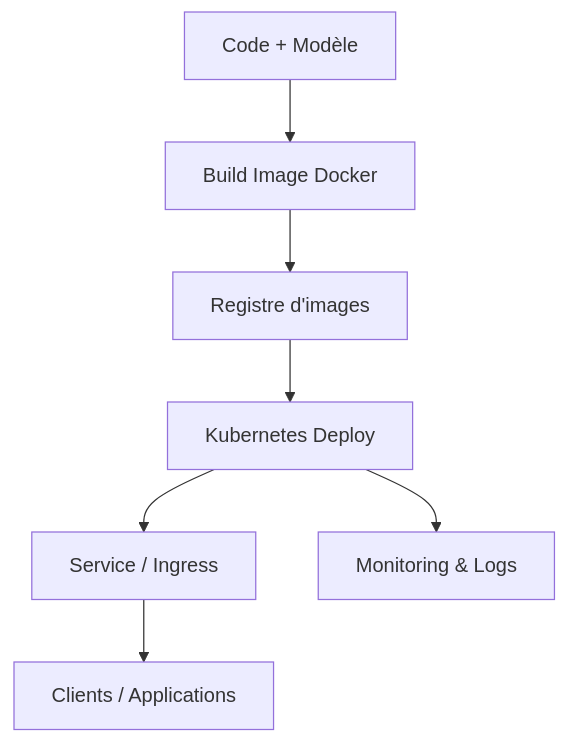
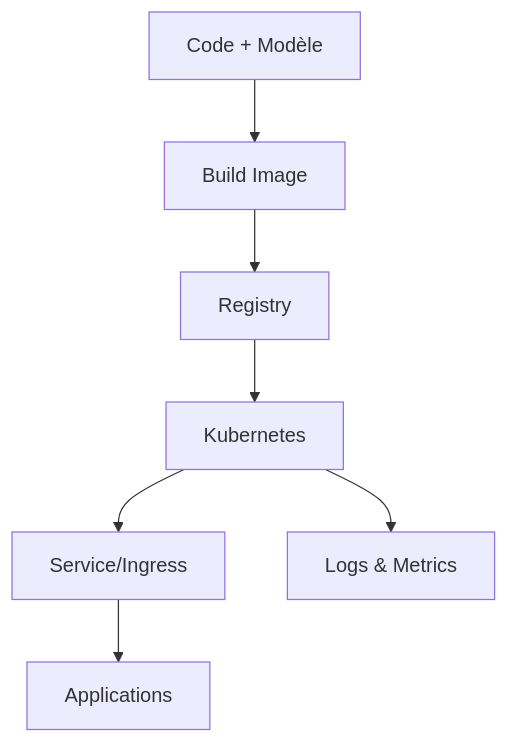
The third of 3 diagrams in 01-mise-en-place-ecosysteme-IA/Module 0 — Introduction à l’écosystème/0.1 - Introduction à Linux pour l'Intelligence Artificielle.md (haythem-rehouma/G1299), drawn with Mermaid before and after one commit. The commit also changed other lines of this file, not shown here.

````diff
--- a/01-mise-en-place-ecosysteme-IA/Module 0 — Introduction à l’écosystème/0.1 - Introduction à Linux pour l'Intelligence Artificielle.md
+++ b/01-mise-en-place-ecosysteme-IA/Module 0 — Introduction à l’écosystème/0.1 - Introduction à Linux pour l'Intelligence Artificielle.md
@@ -183,9 +151,9 @@
 ```mermaid
 flowchart TB
-  A[Code + Modèle] --> B[Build Image Docker]
-  B --> C[Registre d'images]
-  C --> D[Kubernetes Deploy]
-  D --> E[Service / Ingress]
-  E --> F[Clients / Applications]
-  D --> G[Monitoring & Logs]
+  Code[Code + Modèle] --> Build[Build Image]
+  Build --> Registry[Registry]
+  Registry --> Deploy[Kubernetes]
+  Deploy --> Ingress[Service/Ingress]
+  Ingress --> Clients[Applications]
+  Deploy --> Obs[Logs & Metrics]
 ```
````
